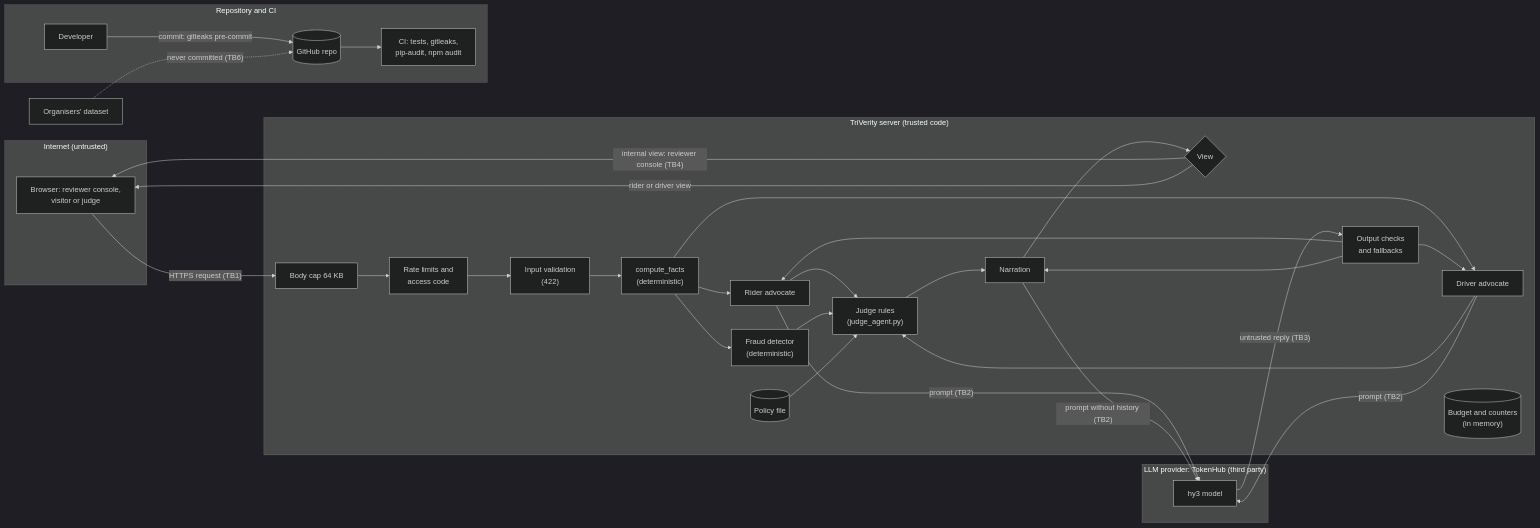
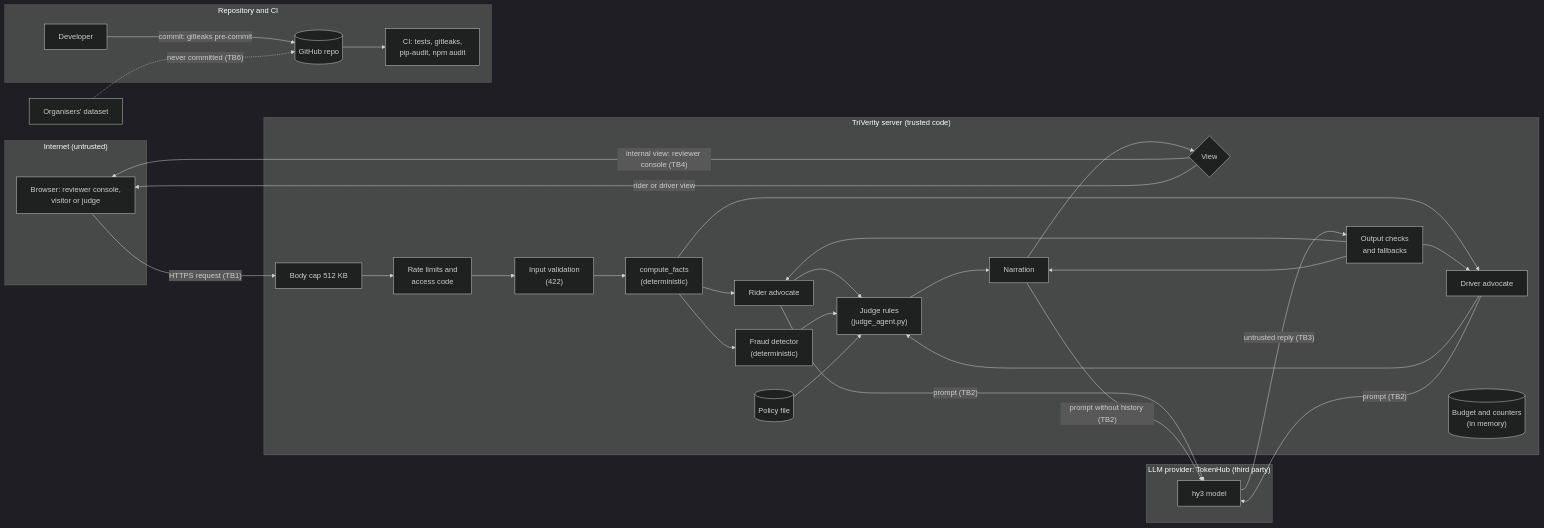
Before and after one commit to yuzhihao1212/TriVerity: the diagram in docs/security.md, drawn with Mermaid (dark theme). The commit also changed other lines of this file, not shown here.

````diff
--- a/docs/security.md
+++ b/docs/security.md
@@ -48,41 +48,41 @@
 ```mermaid
 flowchart LR
   subgraph TB1["Internet (untrusted)"]
     U["Browser: reviewer console,<br/>visitor or judge"]
   end
   subgraph S["TriVerity server (trusted code)"]
-    BC["Body cap 64 KB"] --> RL["Rate limits and<br/>access code"]
+    BC["Body cap 512 KB"] --> RL["Rate limits and<br/>access code"]
     RL --> V["Input validation<br/>(422)"]
     V --> F["compute_facts<br/>(deterministic)"]
     F --> RA["Rider advocate"]
     F --> DA["Driver advocate"]
     F --> FD["Fraud detector<br/>(deterministic)"]
     RA --> J["Judge rules<br/>(judge_agent.py)"]
     DA --> J
     FD --> J
     POL[("Policy file")] --> J
     J --> N["Narration"]
     CK["Output checks<br/>and fallbacks"]
     BUD[("Budget and counters<br/>(in memory)")]
     VIEW{"View"}
     N --> VIEW
   end
   subgraph TB2["LLM provider: TokenHub (third party)"]
     L["hy3 model"]
   end
   U -->|"HTTPS request (TB1)"| BC
   RA -->|"prompt (TB2)"| L
   DA -->|"prompt (TB2)"| L
   N -->|"prompt without history (TB2)"| L
   L -->|"untrusted reply (TB3)"| CK
   CK --> RA
   CK --> DA
   CK --> N
   VIEW -->|"internal view: reviewer console (TB4)"| U
   VIEW -->|"rider or driver view"| U
   subgraph TB5["Repository and CI"]
     DEV["Developer"] -->|"commit: gitleaks pre-commit"| GH[("GitHub repo")]
     GH --> CI["CI: tests, gitleaks,<br/>pip-audit, npm audit"]
   end
   DS["Organisers' dataset"] -.->|"never committed (TB6)"| GH
 ```
````
